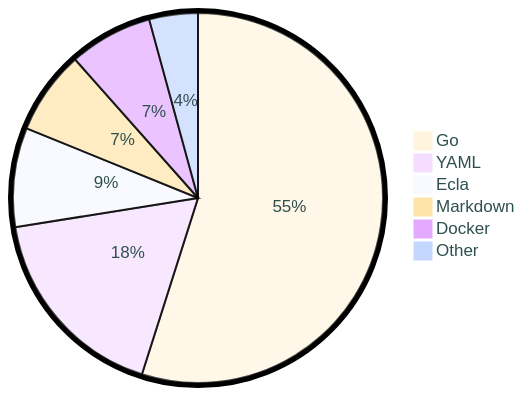
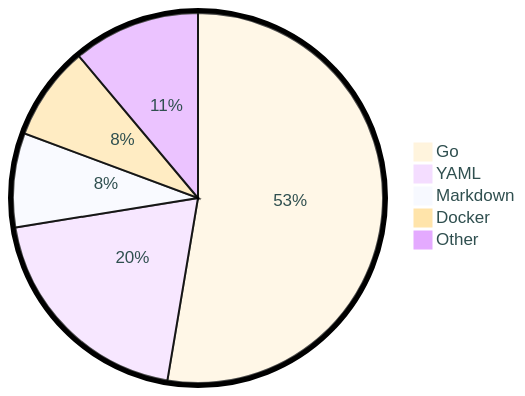
Before and after one commit to tot0p/tot0p: the diagram in README.md, drawn with Mermaid. The commit also changed other lines of this file, not shown here.

````diff
--- a/README.md
+++ b/README.md
@@ -80,10 +80,9 @@
 ```mermaid
 %%{init: {"pie": {"textPosition": 0.5}, "themeVariables": {"pieOuterStrokeWidth": "5px","primaryTextColor" : "#2F4F4F"},"theme":"base"} }%%
 pie
-	"Go": 54.9
-	"YAML": 17.58
-	"Ecla": 8.66
-	"Markdown": 7.31
-	"Docker": 7.3
-	"Other": 4.25
+	"Go": 52.64
+	"YAML": 19.8
+	"Markdown": 8.22
+	"Docker": 8.22
+	"Other": 11.11
 ```
````
